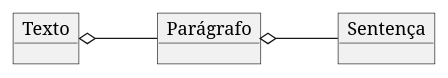
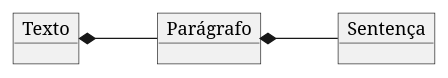
Before and after one commit to kyriosdata/oo: the diagram in Imagens/modelos-01/imagem-04/mod01ima04.plantuml, drawn with PlantUML. The commit also changed 8 other files, not shown here.

```diff
--- a/Imagens/modelos-01/imagem-04/mod01ima04.plantuml
+++ b/Imagens/modelos-01/imagem-04/mod01ima04.plantuml
@@ -1,9 +1,9 @@
 @startuml mod01ima04
 skinparam nodesep 5
-object "Texto" as p1
-object "Parágrafo" as p2
-object "Sentença" as p3
+object "Texto" as o1
+object "Parágrafo" as o2
+object "Sentença" as o3
 left to right direction
-p1 o-- p2 
-p2 o-- p3
+o1 *-- o2 
+o2 *-- o3
 @enduml
```
